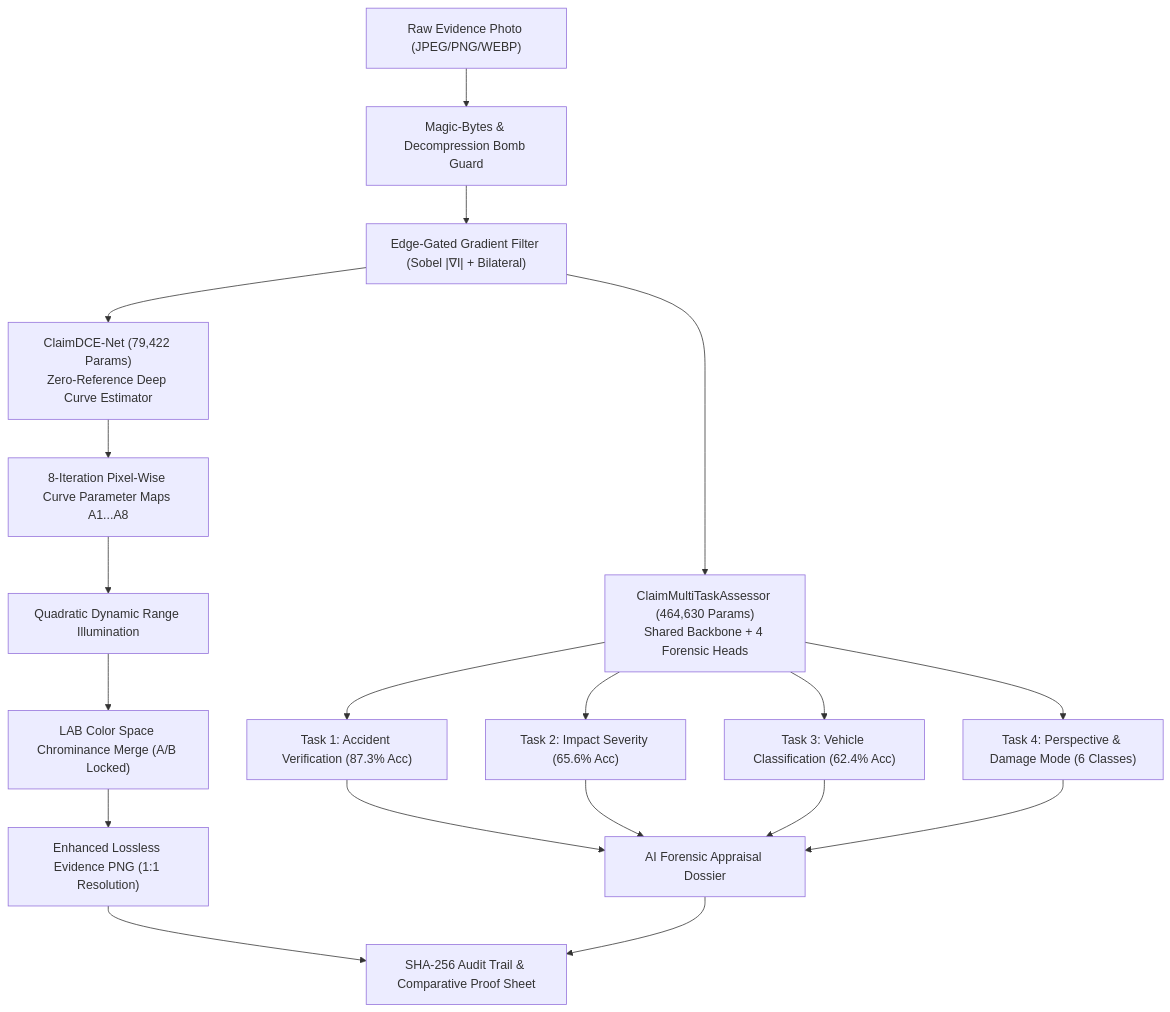
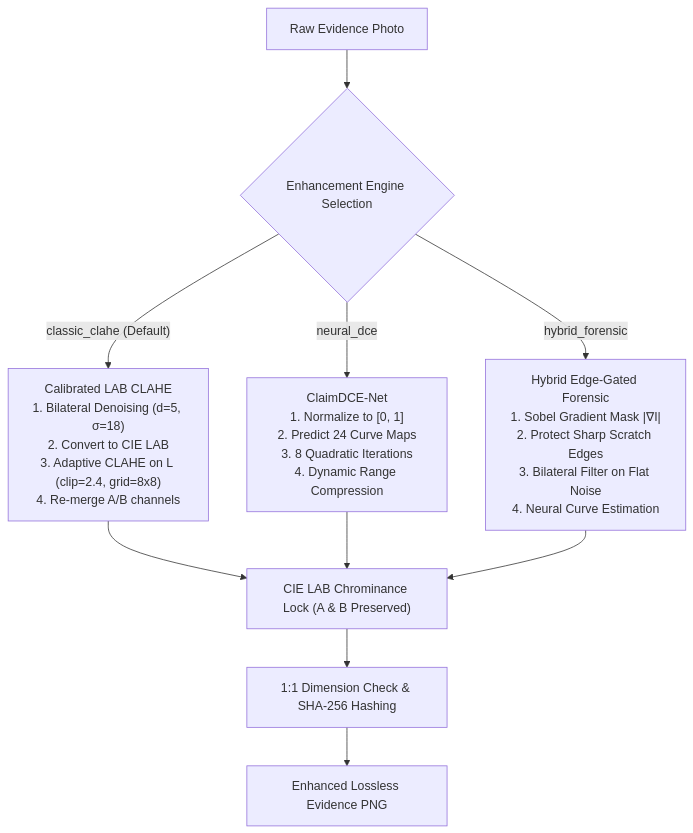
The diagram in PROJECT_REFERENCE.md (KarthikIsCodingNow/Claim-Clarity), drawn with Mermaid before and after one commit. The commit also changed other lines of this file and 1 other file, not shown here.

Commit message:
Update comprehensive project reference and add step-by-step execution guide

````diff
--- a/PROJECT_REFERENCE.md
+++ b/PROJECT_REFERENCE.md
@@ -61,22 +199,17 @@
 ```mermaid
 flowchart TD
-    RawInput["Raw Evidence Photo (JPEG/PNG/WEBP)"] --> Validation["Magic-Bytes & Decompression Bomb Guard"]
-    Validation --> PreFilter["Edge-Gated Gradient Filter (Sobel |∇I| + Bilateral)"]
+    Input["Raw Evidence Photo"] --> Choice{"Enhancement Engine Selection"}
     
-    PreFilter --> Model1["ClaimDCE-Net (79,422 Params)<br>Zero-Reference Deep Curve Estimator"]
-    PreFilter --> Model2["ClaimMultiTaskAssessor (464,630 Params)<br>Shared Backbone + 4 Forensic Heads"]
+    Choice -->|"classic_clahe (Default)"| CLAHE["Calibrated LAB CLAHE<br>1. Bilateral Denoising (d=5, σ=18)<br>2. Convert to CIE LAB<br>3. Adaptive CLAHE on L (clip=2.4, grid=8x8)<br>4. Re-merge A/B channels"]
     
-    Model1 --> Curves["8-Iteration Pixel-Wise Curve Parameter Maps A1...A8"]
-    Curves --> ToneMap["Quadratic Dynamic Range Illumination"]
-    ToneMap --> ColorLock["LAB Color Space Chrominance Merge (A/B Locked)"]
+    Choice -->|"neural_dce"| DCE["ClaimDCE-Net<br>1. Normalize to [0, 1]<br>2. Predict 24 Curve Maps<br>3. 8 Quadratic Iterations<br>4. Dynamic Range Compression"]
     
-    Model2 --> Head1["Task 1: Accident Verification (87.3% Acc)"]
-    Model2 --> Head2["Task 2: Impact Severity (65.6% Acc)"]
-    Model2 --> Head3["Task 3: Vehicle Classification (62.4% Acc)"]
-    Model2 --> Head4["Task 4: Perspective & Damage Mode (6 Classes)"]
+    Choice -->|"hybrid_forensic"| Hybrid["Hybrid Edge-Gated Forensic<br>1. Sobel Gradient Mask |∇I|<br>2. Protect Sharp Scratch Edges<br>3. Bilateral Filter on Flat Noise<br>4. Neural Curve Estimation"]
     
-    ColorLock --> EnhancedOut["Enhanced Lossless Evidence PNG (1:1 Resolution)"]
-    Head1 & Head2 & Head3 & Head4 --> Appraisal["AI Forensic Appraisal Dossier"]
+    CLAHE --> Lock["CIE LAB Chrominance Lock (A & B Preserved)"]
+    DCE --> Lock
+    Hybrid --> Lock
     
-    EnhancedOut & Appraisal --> Audit["SHA-256 Audit Trail & Comparative Proof Sheet"]
+    Lock --> Check["1:1 Dimension Check & SHA-256 Hashing"]
+    Check --> Output["Enhanced Lossless Evidence PNG"]
 ```
````
